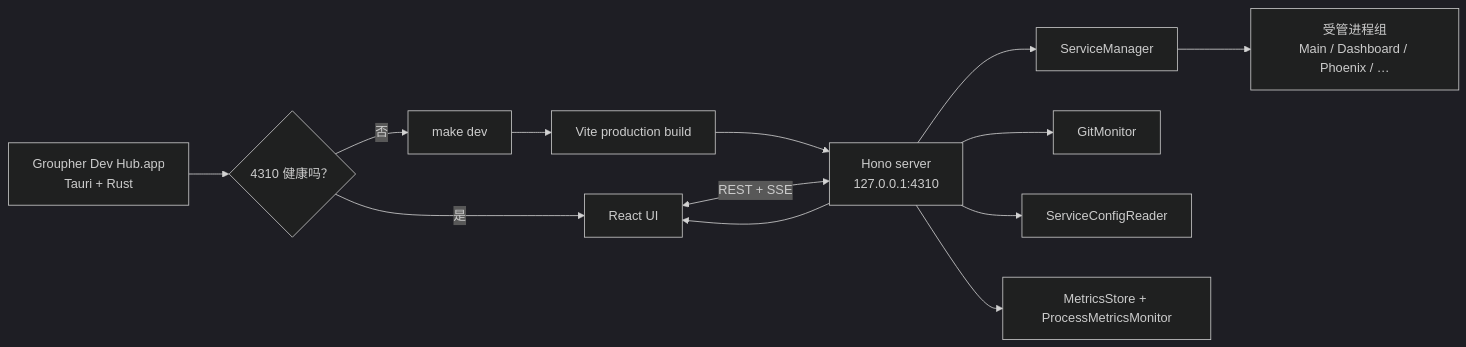
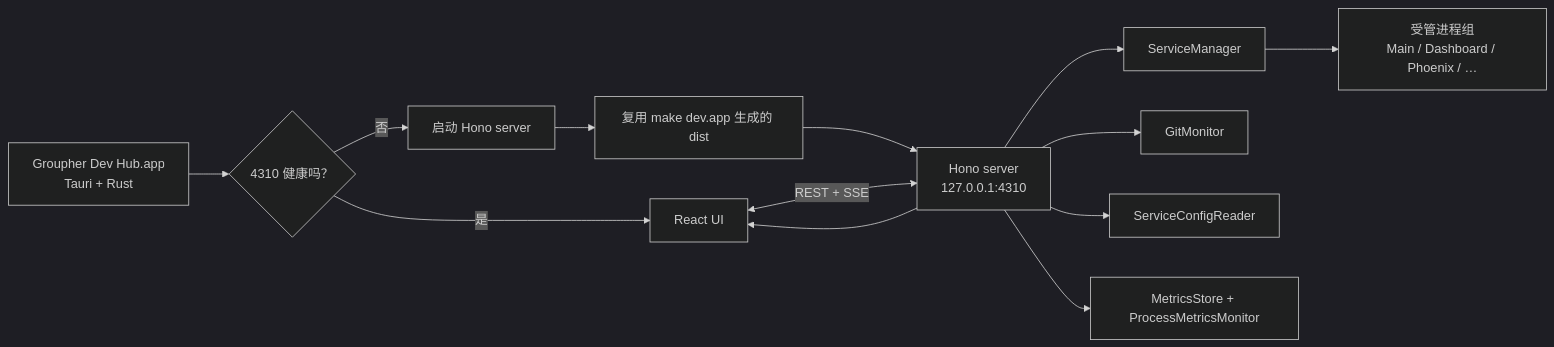
The diagram in local/dev-hub/README.md (groupher/groupher), drawn with Mermaid (dark theme) before and after one commit. The commit also changed other lines of this file and 11 other files, not shown here.

Commit message:
feat(fe/be): package dev hub as a mac app

````diff
--- a/local/dev-hub/README.md
+++ b/local/dev-hub/README.md
@@ -86,16 +86,16 @@
 ```mermaid
 flowchart LR
   App["Groupher Dev Hub.app<br/>Tauri + Rust"] --> Health{"4310 健康吗？"}
   Health -- "是" --> UI["React UI"]
-  Health -- "否" --> Make["make dev"]
-  Make --> Build["Vite production build"]
-  Build --> Server["Hono server<br/>127.0.0.1:4310"]
+  Health -- "否" --> Start["启动 Hono server"]
+  Start --> Dist["复用 make dev.app 生成的 dist"]
+  Dist --> Server["Hono server<br/>127.0.0.1:4310"]
   Server --> UI
 
   UI <-- "REST + SSE" --> Server
   Server --> Manager["ServiceManager"]
   Manager --> Processes["受管进程组<br/>Main / Dashboard / Phoenix / …"]
   Server --> Git["GitMonitor"]
   Server --> Config["ServiceConfigReader"]
   Server --> Metrics["MetricsStore + ProcessMetricsMonitor"]
 ```
````
